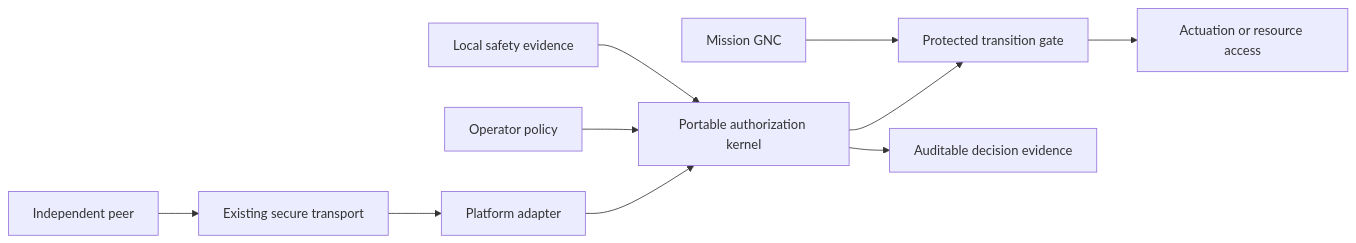
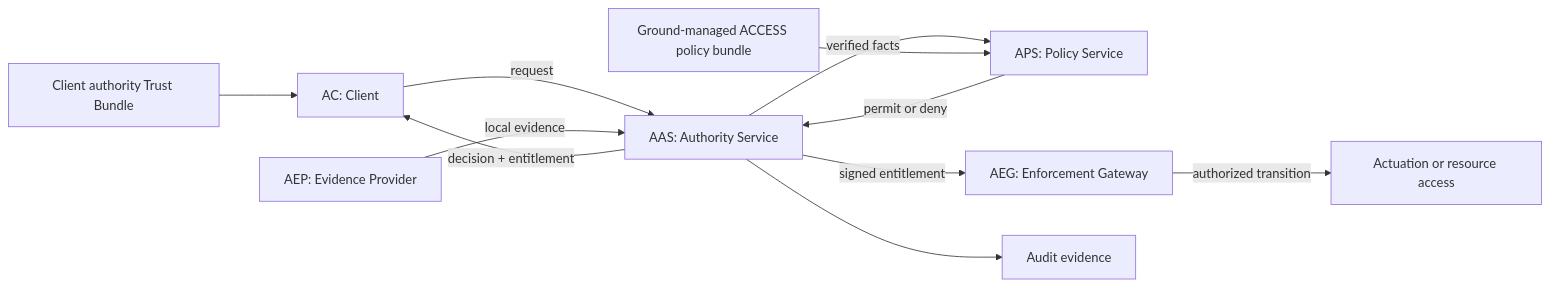
One commit to dboulet01/access changed the first of 2 diagrams in docs/architecture.md. Above: the diagram before and after it, drawn with Mermaid. The commit also changed other lines of this file and 9 other files, not shown here.

````diff
--- a/docs/architecture.md
+++ b/docs/architecture.md
@@ -7,12 +10,13 @@
 ```mermaid
 flowchart LR
-    PEER[Independent peer] --> TRANSPORT[Existing secure transport]
-    TRANSPORT --> ADAPTER[Platform adapter]
-    ADAPTER --> CORE[Portable authorization kernel]
-    POLICY[Operator policy] --> CORE
-    SAFETY[Local safety evidence] --> CORE
-    CORE --> GATE[Protected transition gate]
-    GNC[Mission GNC] --> GATE
-    GATE --> ACT[Actuation or resource access]
-    CORE --> AUDIT[Auditable decision evidence]
+    AC[AC: Client] -->|request| AAS[AAS: Authority Service]
+    AEP[AEP: Evidence Provider] -->|local evidence| AAS
+    AAS -->|verified facts| APS[APS: Policy Service]
+    POLICY[Ground-managed ACCESS policy bundle] --> APS
+    APS -->|permit or deny| AAS
+    AAS -->|signed entitlement| AEG[AEG: Enforcement Gateway]
+    AEG -->|authorized transition| ACT[Actuation or resource access]
+    AAS -->|decision + entitlement| AC
+    CLIENT_TRUST[Client authority Trust Bundle] --> AC
+    AAS --> AUDIT[Audit evidence]
 ```
````
